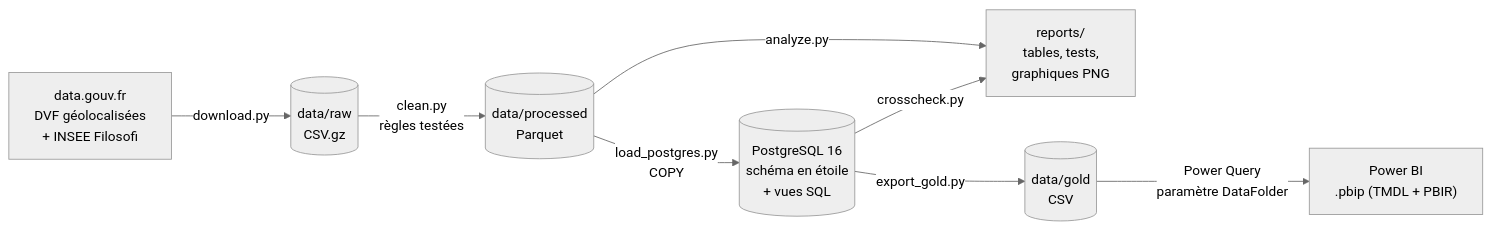
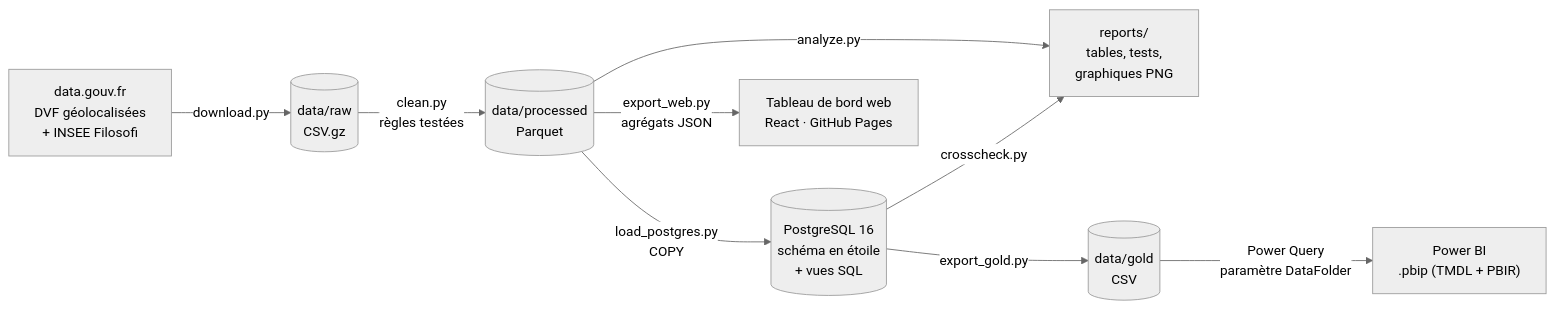
Before and after one commit to Oussama-essalehi/immoscope-france: the diagram in README.md, drawn with Mermaid (neutral theme). The commit also changed other lines of this file and 3 other files, not shown here.

````diff
--- a/README.md
+++ b/README.md
@@ -82,10 +91,11 @@
 ```mermaid
 flowchart LR
     A["data.gouv.fr<br/>DVF géolocalisées<br/>+ INSEE Filosofi"] -->|download.py| B[("data/raw<br/>CSV.gz")]
     B -->|clean.py<br/>règles testées| C[("data/processed<br/>Parquet")]
     C -->|load_postgres.py<br/>COPY| D[("PostgreSQL 16<br/>schéma en étoile<br/>+ vues SQL")]
     C -->|analyze.py| E["reports/<br/>tables, tests,<br/>graphiques PNG"]
     D -->|crosscheck.py| E
     D -->|export_gold.py| F[("data/gold<br/>CSV")]
     F -->|Power Query<br/>paramètre DataFolder| G["Power BI<br/>.pbip (TMDL + PBIR)"]
+    C -->|export_web.py<br/>agrégats JSON| H["Tableau de bord web<br/>React · GitHub Pages"]
 ```
````
